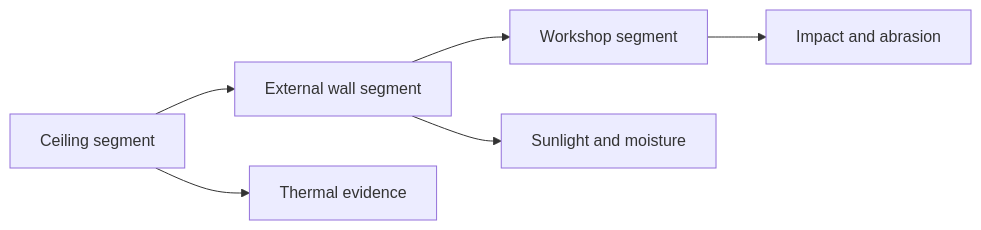
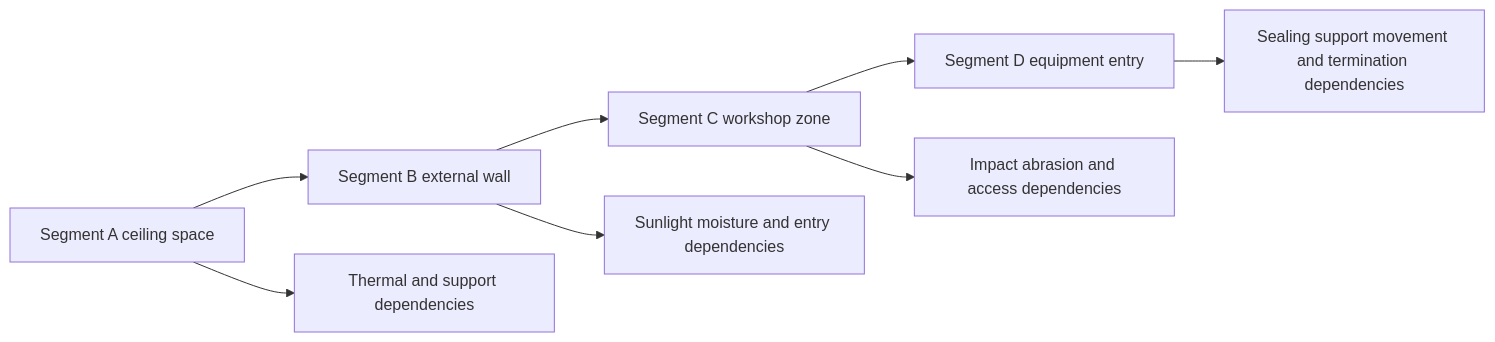
The second of 2 diagrams in docs/learning-plans/6-week/modules/day-25-wiring-systems-mechanical-protection-and-environmental-influences.md (andrew3stedall/capstone), drawn with Mermaid before and after one commit. The commit also changed other lines of this file and 4 other files, not shown here.

````diff
--- a/docs/learning-plans/6-week/modules/day-25-wiring-systems-mechanical-protection-and-environmental-influences.md
+++ b/docs/learning-plans/6-week/modules/day-25-wiring-systems-mechanical-protection-and-environmental-influences.md
@@ -69,7 +148,10 @@
 ```mermaid
 flowchart LR
-    A[Ceiling segment] --> B[External wall segment] --> C[Workshop segment]
-    A --> A1[Thermal evidence]
-    B --> B1[Sunlight and moisture]
-    C --> C1[Impact and abrasion]
+    A[Segment A ceiling space] --> B[Segment B external wall]
+    B --> C[Segment C workshop zone]
+    C --> D[Segment D equipment entry]
+    A --> A1[Thermal and support dependencies]
+    B --> B1[Sunlight moisture and entry dependencies]
+    C --> C1[Impact abrasion and access dependencies]
+    D --> D1[Sealing support movement and termination dependencies]
 ```
````
